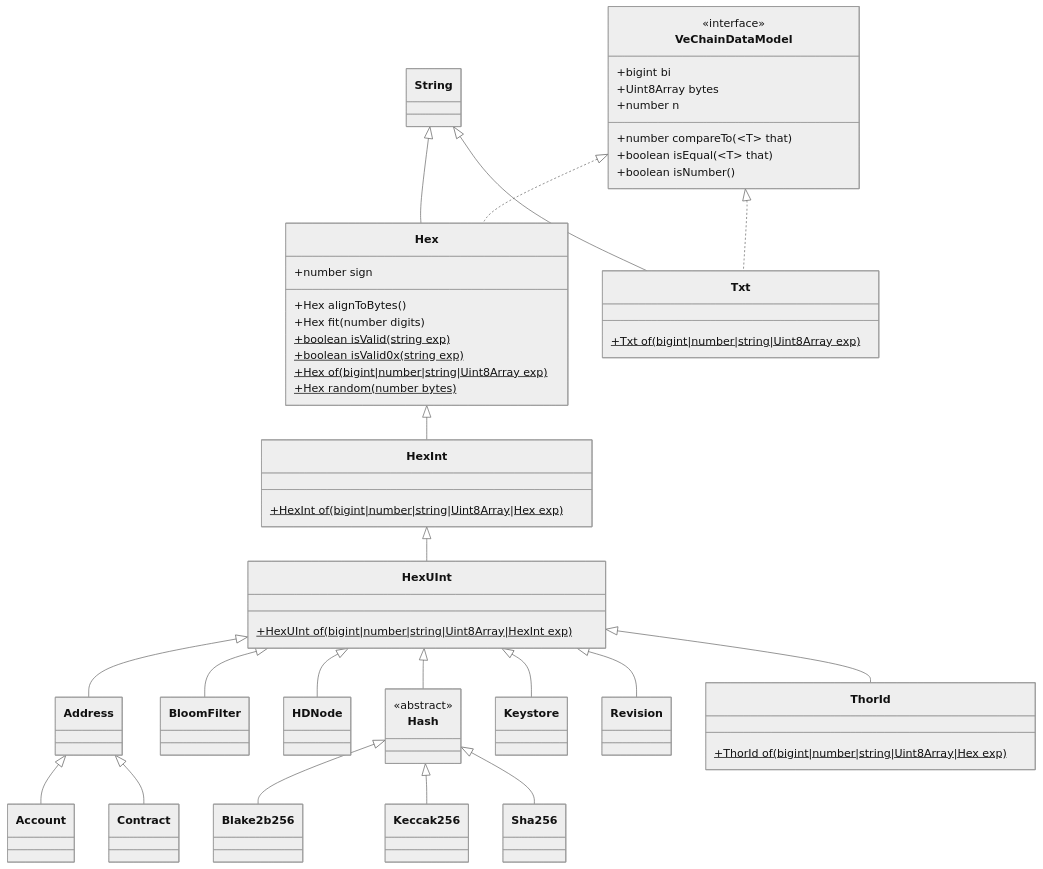
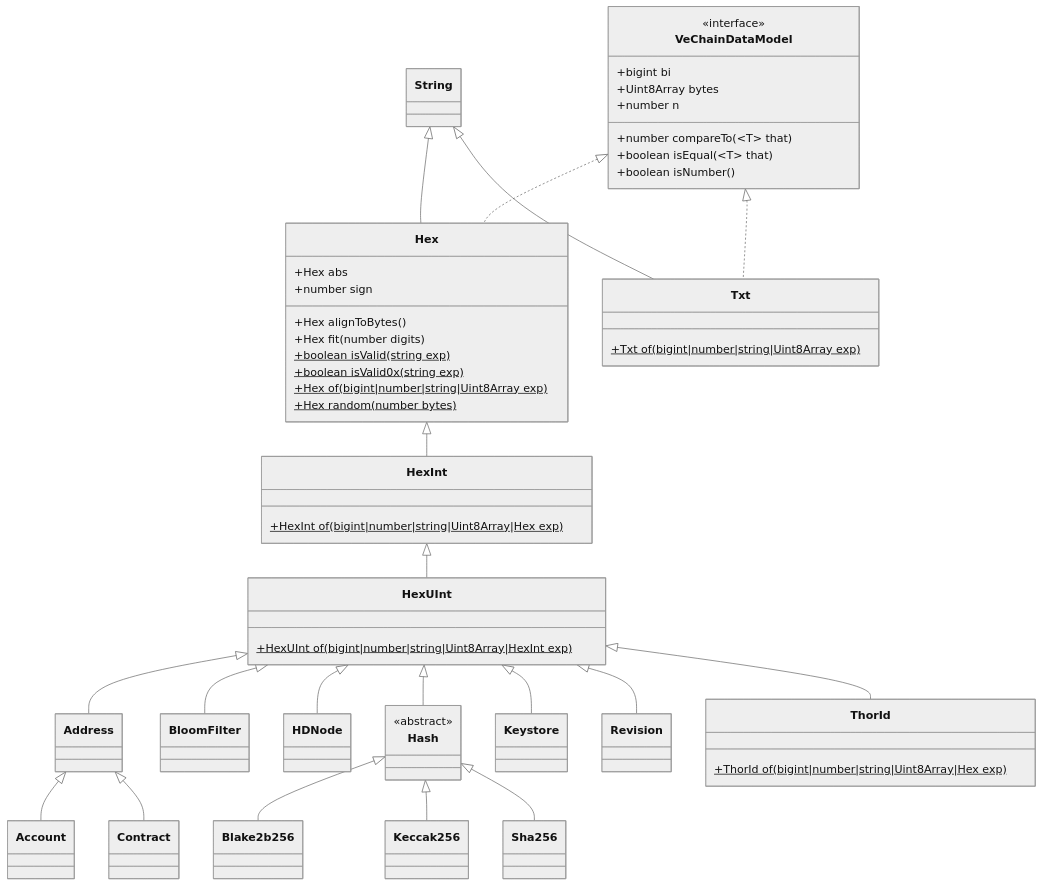
One commit to vechain/vechain-sdk-js changed the diagram in docs/diagrams/architecture/vcdm.md. Above: the diagram before and after it, drawn with Mermaid (neutral theme). The commit also changed 5 other files, not shown here.

````diff
--- a/docs/diagrams/architecture/vcdm.md
+++ b/docs/diagrams/architecture/vcdm.md
@@ -1,66 +1,67 @@
 ```mermaid
 classDiagram
     class Account
     class Address
     class Blake2b256
     class BloomFilter
     class Contract
     class HDNode
     class Hash {
         <<abstract>>
     }
     class Hex {
+        +Hex abs
         +number sign
         +Hex alignToBytes()
         +Hex fit(number digits)
         +boolean isValid(string exp)$
         +boolean isValid0x(string exp)$
         +Hex of(bigint|number|string|Uint8Array exp)$
         +Hex random(number bytes)$
     }
     class HexInt {
         +HexInt of(bigint|number|string|Uint8Array|Hex exp)$
     }
     class HexUInt {
         +HexUInt of(bigint|number|string|Uint8Array|HexInt exp)$
     }
     class Keccak256 
     class Keystore
     class Revision
     class Sha256
     class String
     class ThorId {
         +ThorId of(bigint|number|string|Uint8Array|Hex exp)$
     }
     class Txt {
         +Txt of(bigint|number|string|Uint8Array exp)$
     }
     class String
     class VeChainDataModel{
         <<interface>>
       +bigint bi
       +Uint8Array bytes
       +number n
       +number compareTo(~T~ that)
       +boolean isEqual(~T~ that)
       +boolean isNumber()
     }
     Address <|-- Account
     Address <|-- Contract
     Hash <|-- Blake2b256
     Hash <|-- Keccak256
     Hash <|-- Sha256
     Hex <|-- HexInt
     HexUInt <|-- Address
     HexUInt <|-- BloomFilter
     HexUInt <|-- HDNode
     HexInt <|-- HexUInt
     HexUInt <|-- Hash
     HexUInt <|-- ThorId
     HexUInt <|-- Keystore
     HexUInt <|-- Revision
     String <|-- Hex
     String <|-- Txt
     VeChainDataModel <|.. Hex
     VeChainDataModel <|.. Txt
 ```
````
